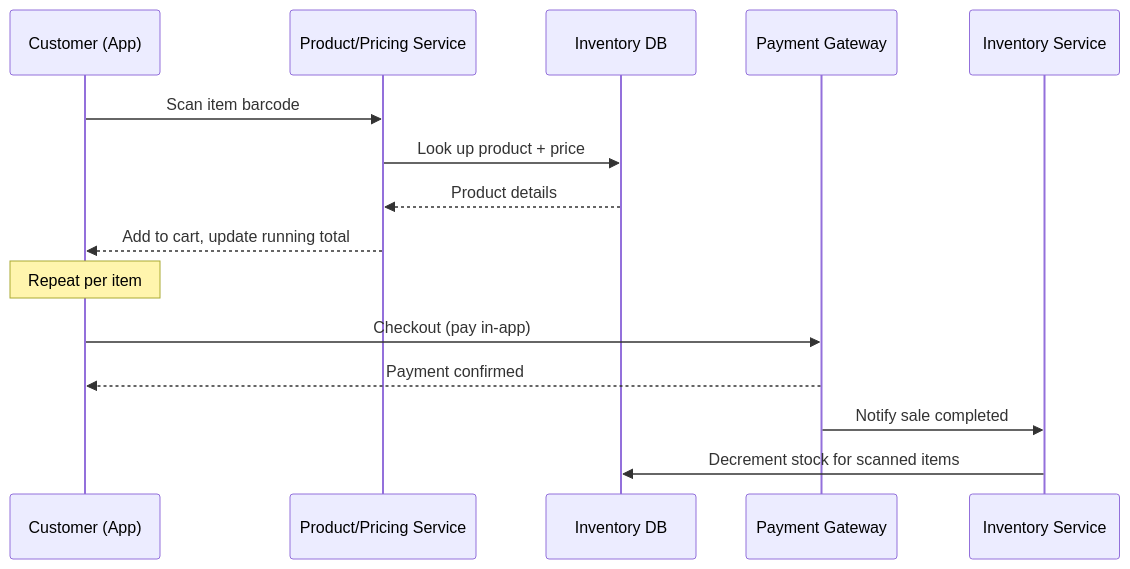
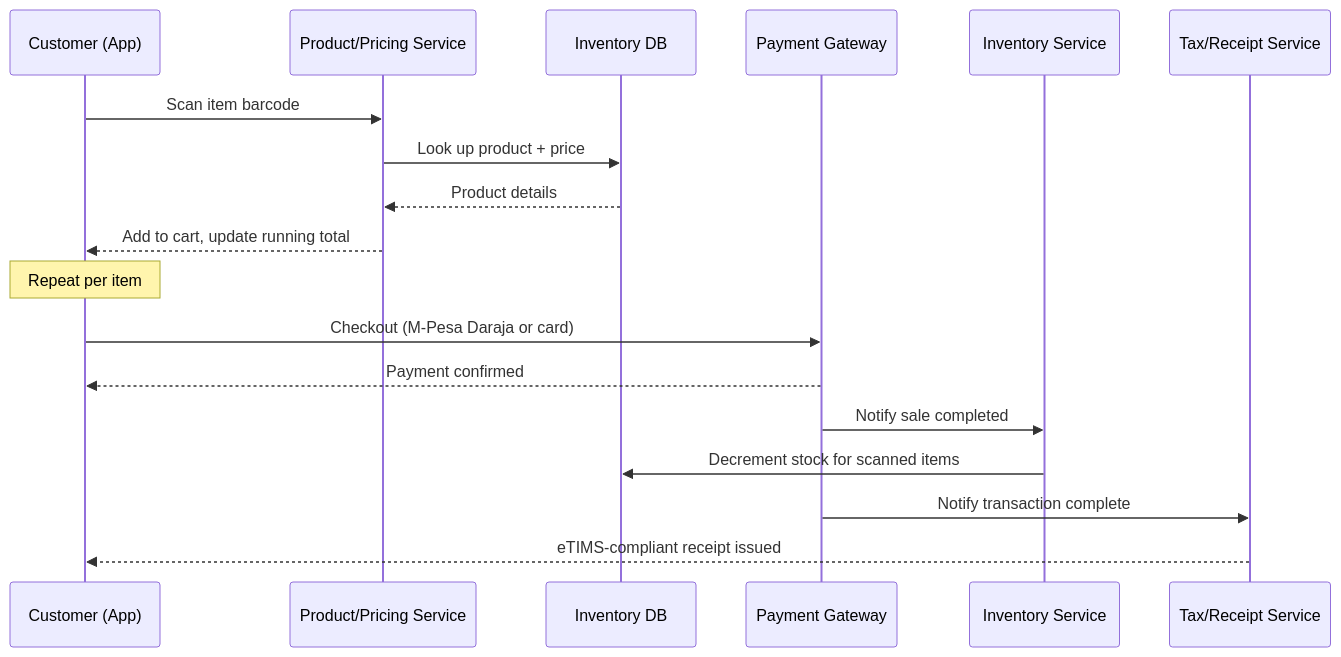
One commit to ako5117/smart_shopping changed the second of 2 diagrams in docs/architecture.md. Above: the diagram before and after it, drawn with Mermaid. The commit also changed other lines of this file, not shown here.

First line of the commit message:
Enhance architecture diagram and component notes

````diff
--- a/docs/architecture.md
+++ b/docs/architecture.md
@@ -45,19 +48,22 @@
 ```mermaid
 sequenceDiagram
     participant C as Customer (App)
     participant PS as Product/Pricing Service
     participant DB as Inventory DB
     participant PAY as Payment Gateway
     participant IS as Inventory Service
+    participant TAX as Tax/Receipt Service
 
     C->>PS: Scan item barcode
     PS->>DB: Look up product + price
     DB-->>PS: Product details
     PS-->>C: Add to cart, update running total
     Note over C: Repeat per item
 
-    C->>PAY: Checkout (pay in-app)
+    C->>PAY: Checkout (M-Pesa Daraja or card)
     PAY-->>C: Payment confirmed
     PAY->>IS: Notify sale completed
     IS->>DB: Decrement stock for scanned items
+    PAY->>TAX: Notify transaction complete
+    TAX-->>C: eTIMS-compliant receipt issued
 ```
````
